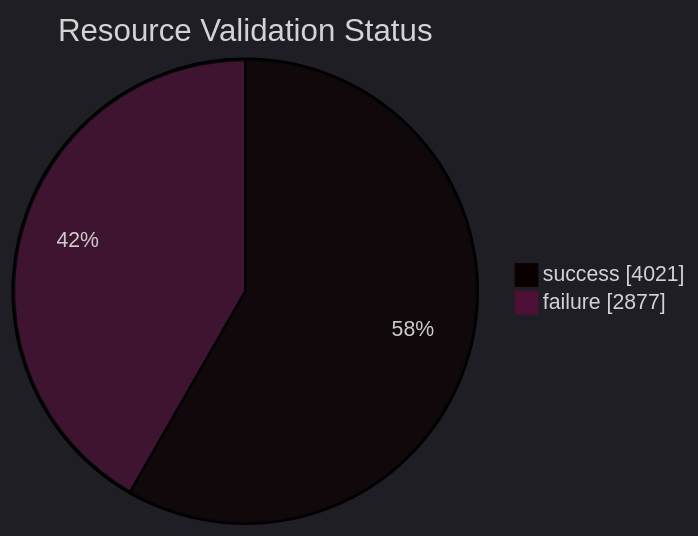
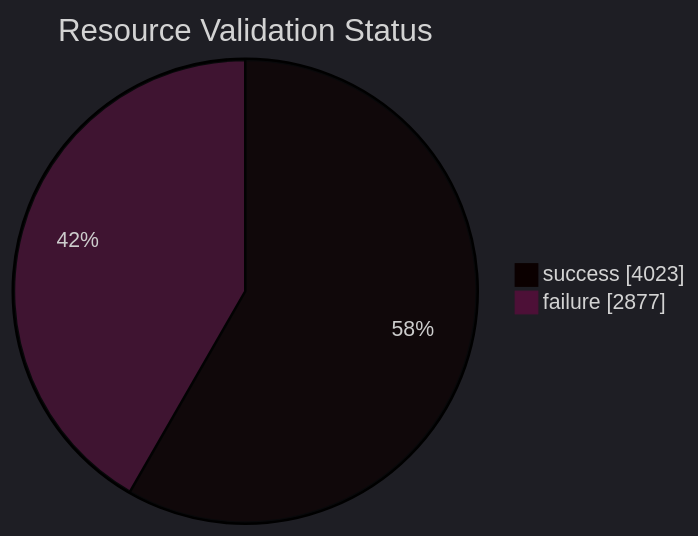
The first of 5 diagrams in datastore_tracker/README.md (open-data/analytics-corporate-reporting), drawn with Mermaid before and after one commit. The commit also changed 9 other files, not shown here.

````diff
--- a/datastore_tracker/README.md
+++ b/datastore_tracker/README.md
@@ -20,9 +20,9 @@
 ```mermaid
 ---
 config:
   theme: dark
 ---
 pie showData title Resource Validation Status
-    "success": 4021
+    "success": 4023
     "failure": 2877
 ```
````
